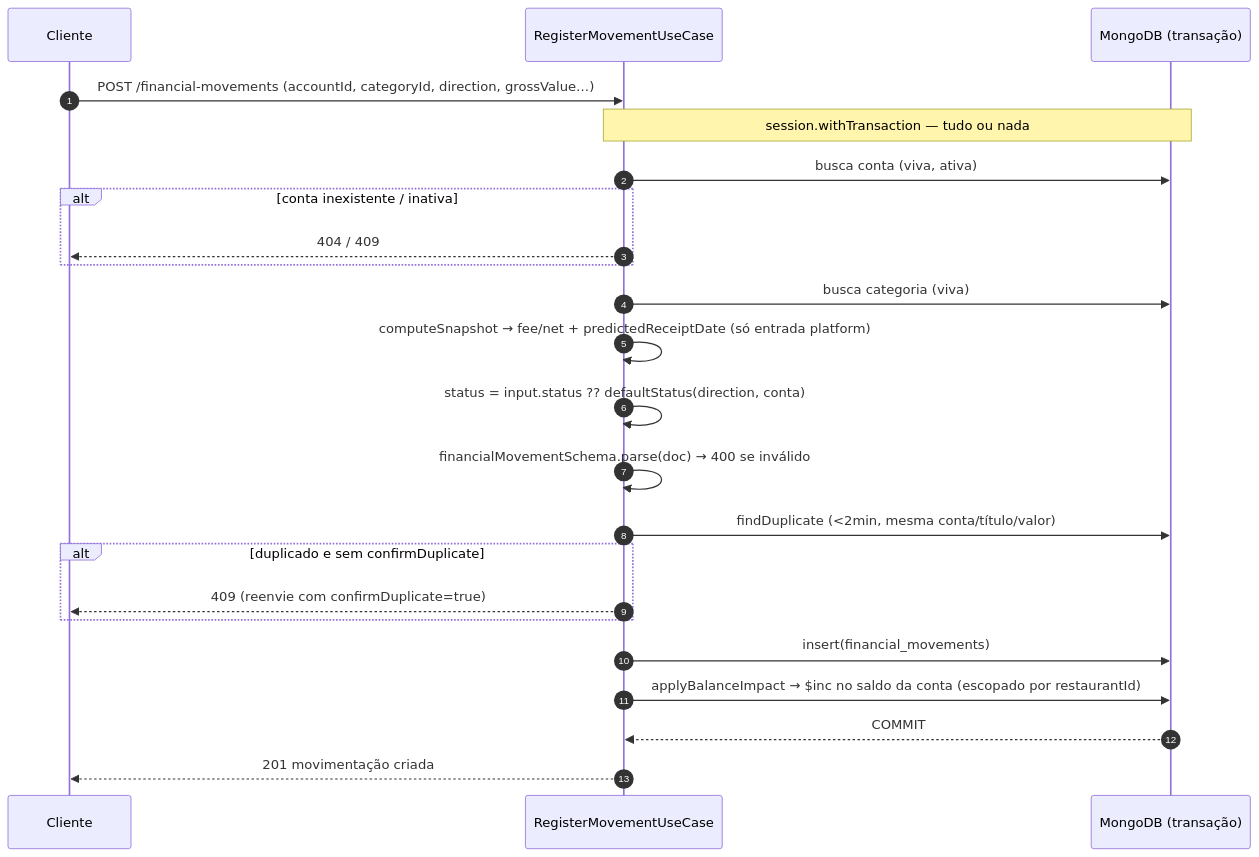
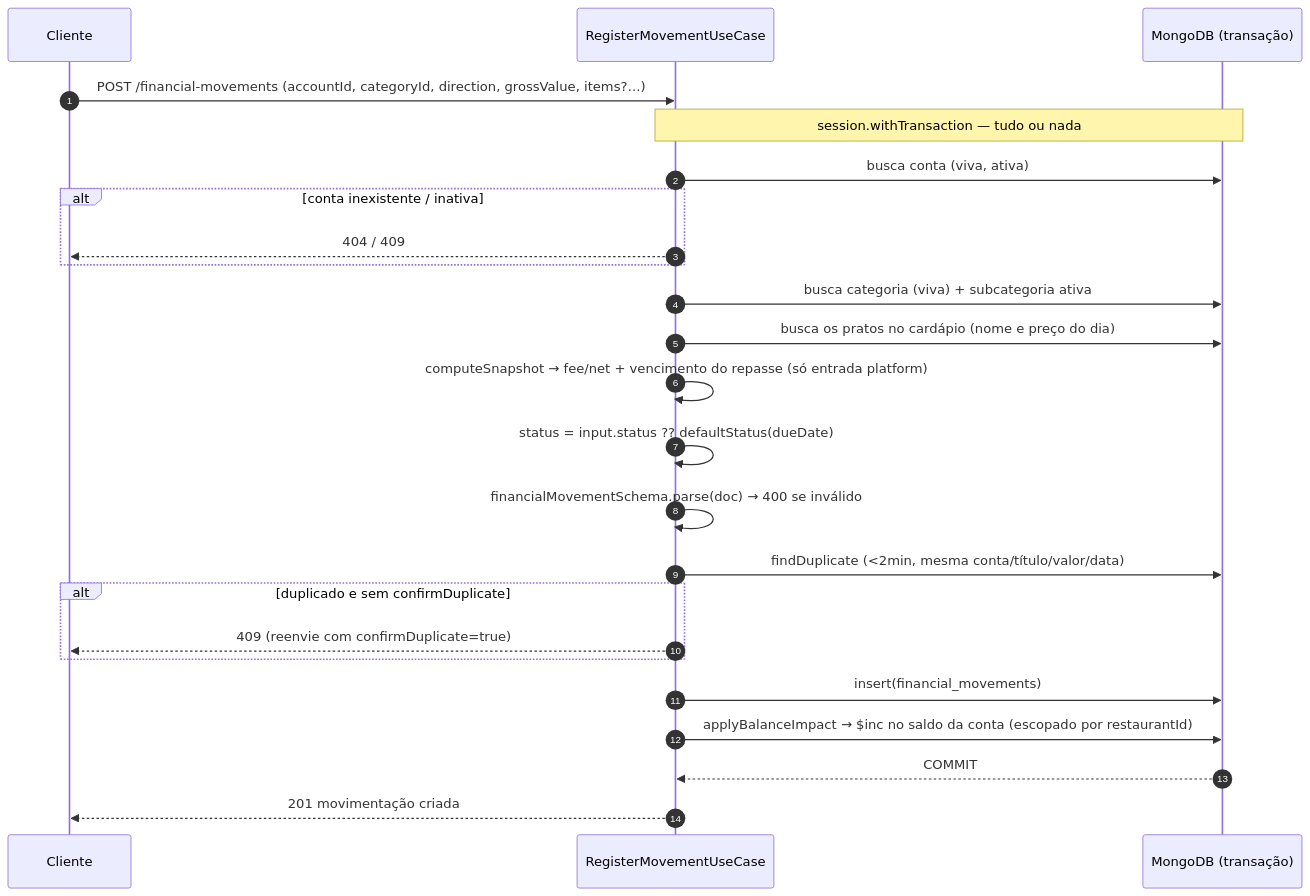
One commit to Mintly-Autonomos/Documents changed the first of 2 diagrams in docs/sistema/api/movimento.md. Above: the diagram before and after it, drawn with Mermaid. The commit also changed other lines of this file and 16 other files, not shown here.

````diff
--- a/docs/sistema/api/movimento.md
+++ b/docs/sistema/api/movimento.md
@@ -11,25 +23,26 @@
 ```mermaid
 sequenceDiagram
   autonumber
   participant C as Cliente
   participant U as RegisterMovementUseCase
   participant DB as MongoDB (transação)
-  C->>U: POST /financial-movements (accountId, categoryId, direction, grossValue…)
+  C->>U: POST /financial-movements (accountId, categoryId, direction, grossValue, items?…)
   Note over U,DB: session.withTransaction — tudo ou nada
   U->>DB: busca conta (viva, ativa)
   alt conta inexistente / inativa
     U-->>C: 404 / 409
   end
-  U->>DB: busca categoria (viva)
-  U->>U: computeSnapshot → fee/net + predictedReceiptDate (só entrada platform)
-  U->>U: status = input.status ?? defaultStatus(direction, conta)
+  U->>DB: busca categoria (viva) + subcategoria ativa
+  U->>DB: busca os pratos no cardápio (nome e preço do dia)
+  U->>U: computeSnapshot → fee/net + vencimento do repasse (só entrada platform)
+  U->>U: status = input.status ?? defaultStatus(dueDate)
   U->>U: financialMovementSchema.parse(doc) → 400 se inválido
-  U->>DB: findDuplicate (<2min, mesma conta/título/valor)
+  U->>DB: findDuplicate (<2min, mesma conta/título/valor/data)
   alt duplicado e sem confirmDuplicate
     U-->>C: 409 (reenvie com confirmDuplicate=true)
   end
   U->>DB: insert(financial_movements)
   U->>DB: applyBalanceImpact → $inc no saldo da conta (escopado por restaurantId)
   DB-->>U: COMMIT
   U-->>C: 201 movimentação criada
 ```
````
